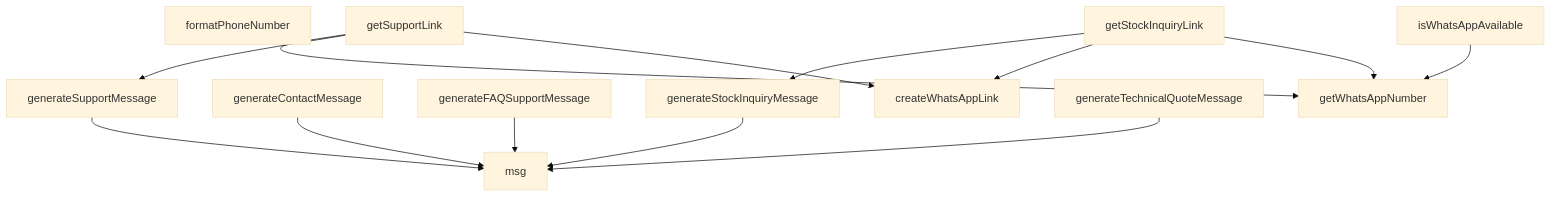
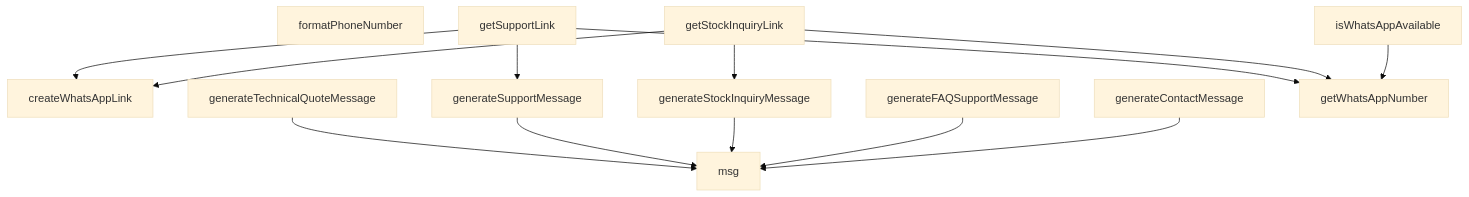
The diagram in src/utils/whatsapp.md (peckop/venthub-hvac-esite), drawn with Mermaid (base theme) before and after one commit. The commit also changed other lines of this file and 169 other files, not shown here.

````diff
--- a/src/utils/whatsapp.md
+++ b/src/utils/whatsapp.md
@@ -216,27 +216,27 @@
 ```mermaid
 graph TD
     whatsapp_ts__createWhatsAppLink["createWhatsAppLink"]
     whatsapp_ts__formatPhoneNumber["formatPhoneNumber"]
     whatsapp_ts__generateContactMessage["generateContactMessage"]
     whatsapp_ts__generateFAQSupportMessage["generateFAQSupportMessage"]
     whatsapp_ts__generateStockInquiryMessage["generateStockInquiryMessage"]
     whatsapp_ts__generateSupportMessage["generateSupportMessage"]
     whatsapp_ts__generateTechnicalQuoteMessage["generateTechnicalQuoteMessage"]
     whatsapp_ts__getStockInquiryLink["getStockInquiryLink"]
     whatsapp_ts__getSupportLink["getSupportLink"]
     whatsapp_ts__getWhatsAppNumber["getWhatsAppNumber"]
     whatsapp_ts__isWhatsAppAvailable["isWhatsAppAvailable"]
     whatsapp_ts__msg["msg"]
-    whatsapp_ts__getSupportLink --> whatsapp_ts__createWhatsAppLink
+    whatsapp_ts__getStockInquiryLink --> whatsapp_ts__generateStockInquiryMessage
+    whatsapp_ts__getSupportLink --> whatsapp_ts__getWhatsAppNumber
     whatsapp_ts__generateTechnicalQuoteMessage --> whatsapp_ts__msg
     whatsapp_ts__getSupportLink --> whatsapp_ts__generateSupportMessage
-    whatsapp_ts__generateFAQSupportMessage --> whatsapp_ts__msg
+    whatsapp_ts__getSupportLink --> whatsapp_ts__createWhatsAppLink
     whatsapp_ts__generateSupportMessage --> whatsapp_ts__msg
+    whatsapp_ts__generateStockInquiryMessage --> whatsapp_ts__msg
     whatsapp_ts__getStockInquiryLink --> whatsapp_ts__getWhatsAppNumber
     whatsapp_ts__getStockInquiryLink --> whatsapp_ts__createWhatsAppLink
-    whatsapp_ts__generateStockInquiryMessage --> whatsapp_ts__msg
     whatsapp_ts__isWhatsAppAvailable --> whatsapp_ts__getWhatsAppNumber
+    whatsapp_ts__generateFAQSupportMessage --> whatsapp_ts__msg
     whatsapp_ts__generateContactMessage --> whatsapp_ts__msg
-    whatsapp_ts__getSupportLink --> whatsapp_ts__getWhatsAppNumber
-    whatsapp_ts__getStockInquiryLink --> whatsapp_ts__generateStockInquiryMessage
 ```
````
